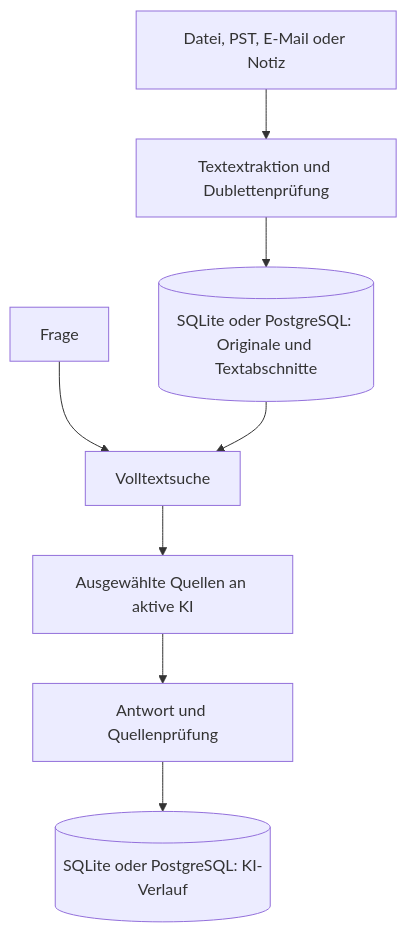
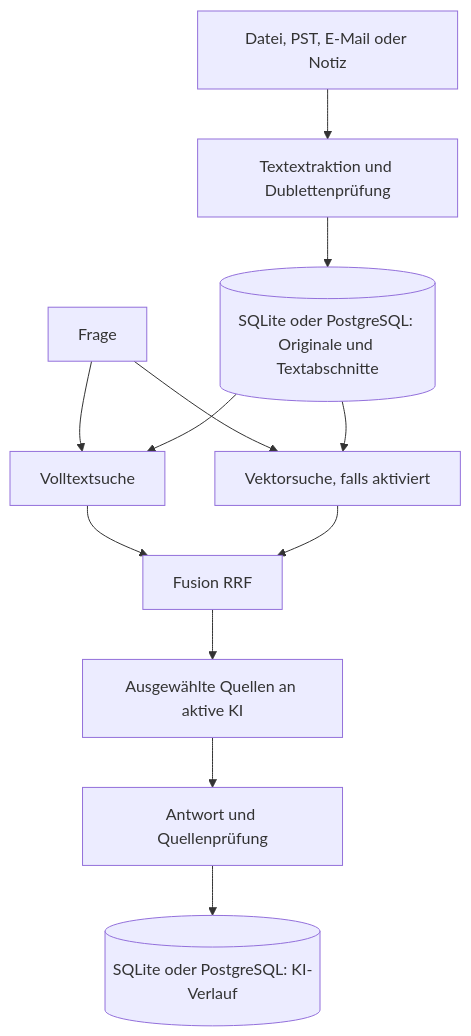
The diagram in README.md (Melchy1971/Wissensraum-AI), drawn with Mermaid before and after one commit. The commit also changed other lines of this file and 14 other files, not shown here.

First line of the commit message:
Phase 7.3: hybrid search with RRF, vector cache, schema 11 for PostgreSQL

````diff
--- a/README.md
+++ b/README.md
@@ -83,10 +84,14 @@
 ```mermaid
 flowchart TD
     A[Datei, PST, E-Mail oder Notiz] --> B[Textextraktion und Dublettenprüfung]
     B --> C[(SQLite oder PostgreSQL: Originale und Textabschnitte)]
     D[Frage] --> E[Volltextsuche]
+    D --> V[Vektorsuche, falls aktiviert]
     C --> E
-    E --> F[Ausgewählte Quellen an aktive KI]
+    C --> V
+    E --> R[Fusion RRF]
+    V --> R
+    R --> F[Ausgewählte Quellen an aktive KI]
     F --> G[Antwort und Quellenprüfung]
     G --> H[(SQLite oder PostgreSQL: KI-Verlauf)]
 ```
````
